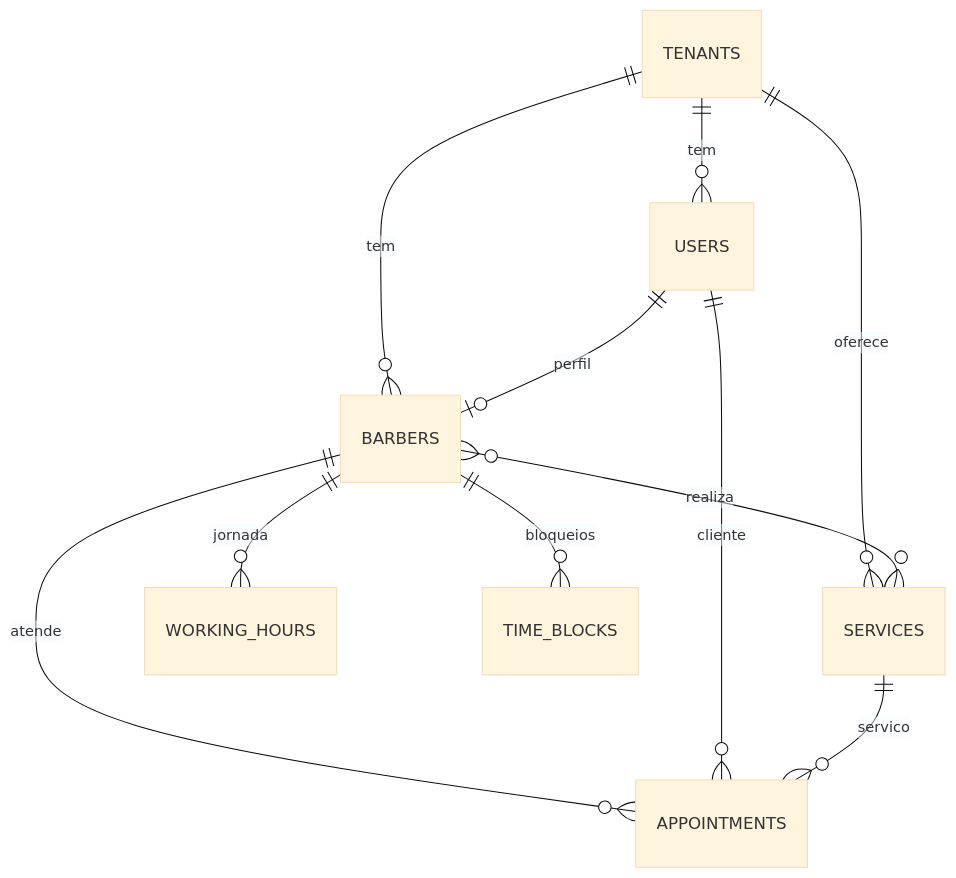
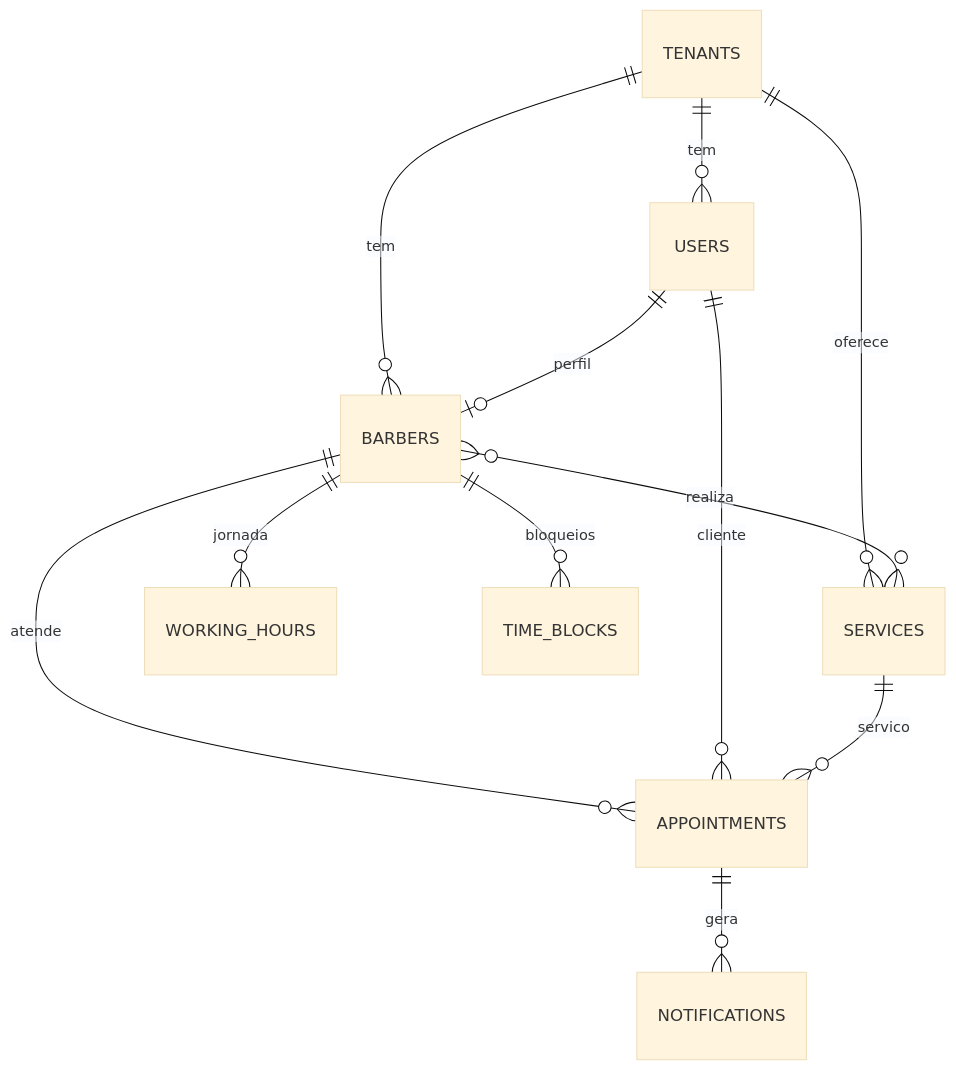
One commit to JoaoVitorXdz/barberflow changed the second of 2 diagrams in README.md. Above: the diagram before and after it, drawn with Mermaid (base theme). The commit also changed other lines of this file, not shown here.

````diff
--- a/README.md
+++ b/README.md
@@ -73,13 +82,14 @@
 ```mermaid
 erDiagram
     TENANTS ||--o{ USERS : tem
     TENANTS ||--o{ BARBERS : tem
     TENANTS ||--o{ SERVICES : oferece
     USERS ||--o| BARBERS : perfil
     BARBERS ||--o{ WORKING_HOURS : jornada
     BARBERS ||--o{ TIME_BLOCKS : bloqueios
     BARBERS }o--o{ SERVICES : realiza
     BARBERS ||--o{ APPOINTMENTS : atende
     USERS ||--o{ APPOINTMENTS : cliente
     SERVICES ||--o{ APPOINTMENTS : servico
+    APPOINTMENTS ||--o{ NOTIFICATIONS : gera
 ```
````
